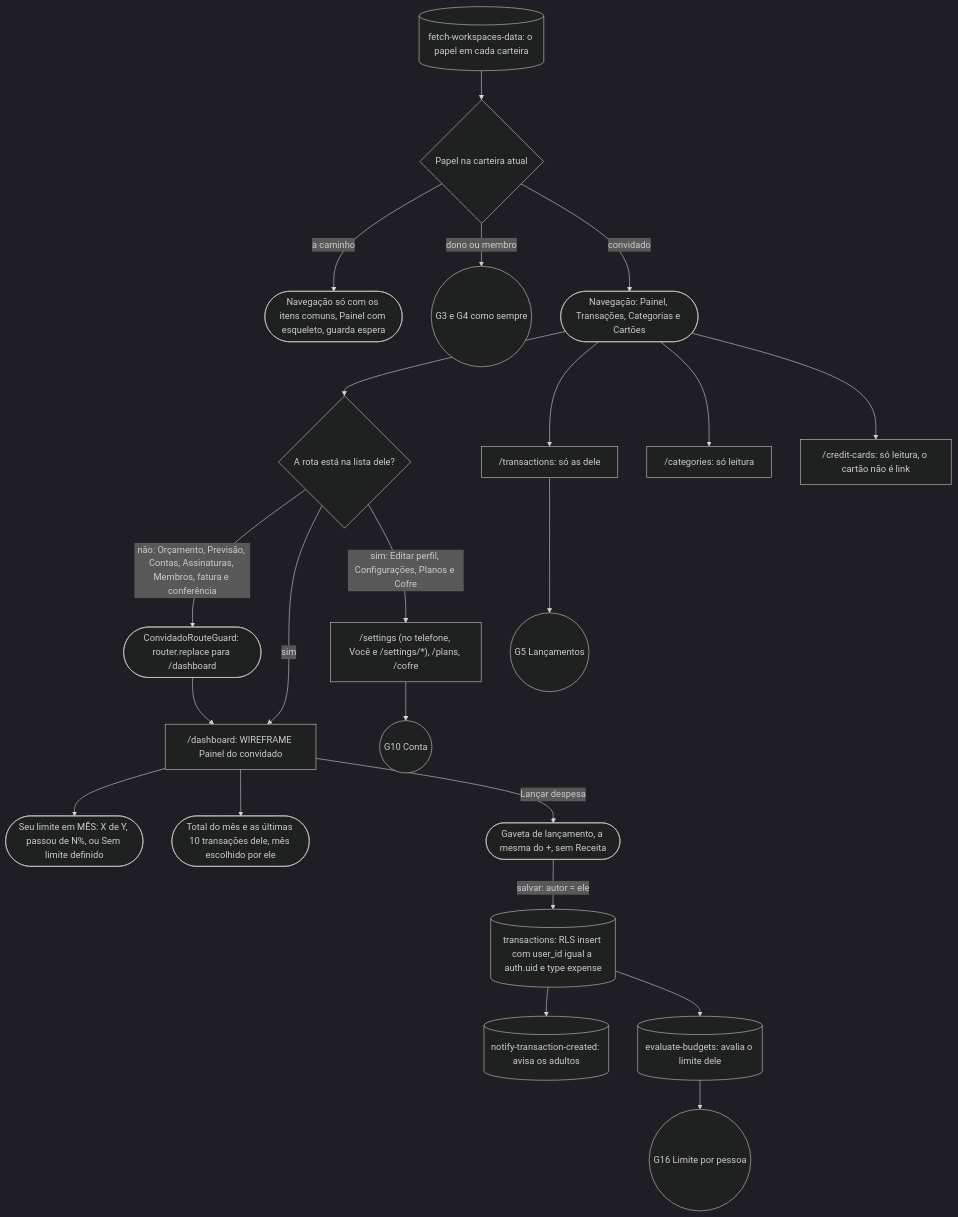
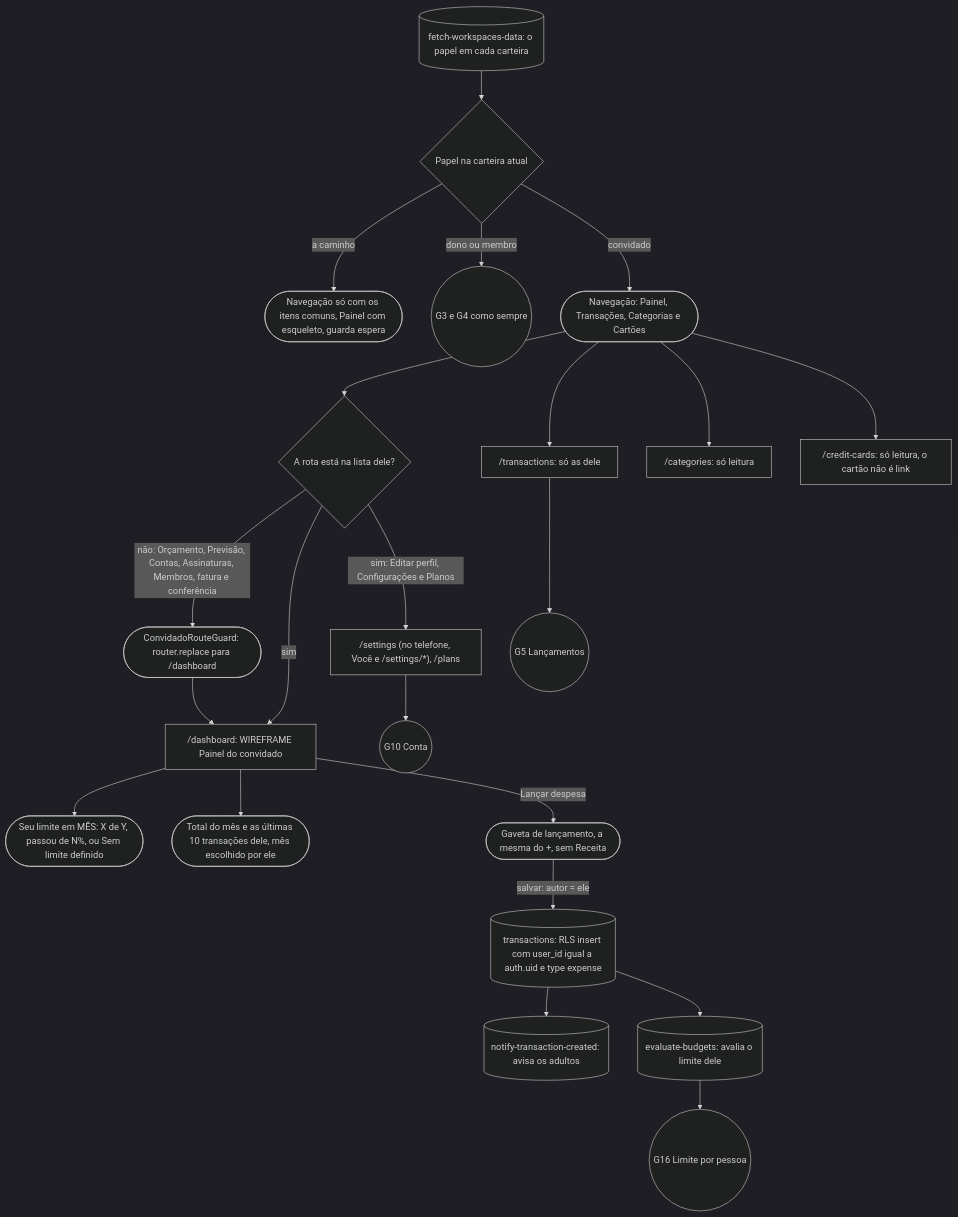
Diagram 23 of 32 in docs/JORNADAS.md (kauax2000/finance_app), drawn with Mermaid before and after one commit. The commit also changed other lines of this file and 3 other files, not shown here.

First line of the commit message:
docs(jornadas): sem Cofre aberto, a nova Você e o cartão do Apple Pay

````diff
--- a/docs/JORNADAS.md
+++ b/docs/JORNADAS.md
@@ -1715,25 +1705,25 @@
 ```mermaid
 %%{init: {"theme": "dark"}}%%
 flowchart TD
     carteiras[("fetch-workspaces-data: o papel em cada carteira")] --> papelQ{"Papel na carteira atual"}
     papelQ -->|"a caminho"| espera(["Navegação só com os itens comuns, Painel com esqueleto, guarda espera"])
     papelQ -->|"dono ou membro"| casa(("G3 e G4 como sempre"))
     papelQ -->|"convidado"| navCv(["Navegação: Painel, Transações, Categorias e Cartões"])
     navCv --> rota{"A rota está na lista dele?"}
     rota -->|"não: Orçamento, Previsão, Contas, Assinaturas, Membros, fatura e conferência"| volta(["ConvidadoRouteGuard: router.replace para /dashboard"])
     rota -->|"sim"| painelCv["/dashboard: WIREFRAME Painel do convidado"]
     volta --> painelCv
     painelCv --> limiteCv(["Seu limite em MÊS: X de Y, passou de N%, ou Sem limite definido"])
     painelCv --> totalCv(["Total do mês e as últimas 10 transações dele, mês escolhido por ele"])
     painelCv -->|"Lançar despesa"| formCv(["Gaveta de lançamento, a mesma do +, sem Receita"])
     formCv -->|"salvar: autor = ele"| insere[("transactions: RLS insert com user_id igual a auth.uid e type expense")]
     insere --> avisaCasa[("notify-transaction-created: avisa os adultos")]
     insere --> avalia[("evaluate-budgets: avalia o limite dele")]
     avalia --> G16(("G16 Limite por pessoa"))
     navCv --> transCv["/transactions: só as dele"]
     transCv --> G5(("G5 Lançamentos"))
     navCv --> catsCv["/categories: só leitura"]
     navCv --> cardsCv["/credit-cards: só leitura, o cartão não é link"]
-    rota -->|"sim: Editar perfil, Configurações, Planos e Cofre"| contaCv["/settings (no telefone, Você e /settings/*), /plans, /cofre"]
+    rota -->|"sim: Editar perfil, Configurações e Planos"| contaCv["/settings (no telefone, Você e /settings/*), /plans"]
     contaCv --> G10(("G10 Conta"))
 ```
````
